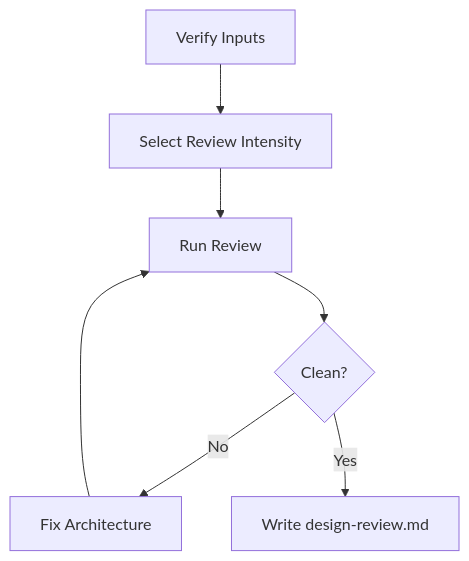
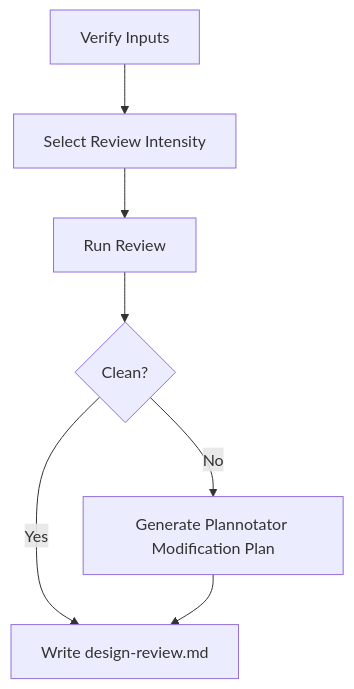
The diagram in idea-to-ship/skills/review-design/SKILL.md (linghaoSu/agent-plugins), drawn with Mermaid before and after one commit. The commit also changed other lines of this file and 4 other files, not shown here.

Commit message:
feat(review): require Plannotator modification plans

````diff
--- a/idea-to-ship/skills/review-design/SKILL.md
+++ b/idea-to-ship/skills/review-design/SKILL.md
@@ -59,9 +90,9 @@
 ```mermaid
 flowchart TD
   A[Verify Inputs] --> B[Select Review Intensity]
   B --> C[Run Review]
   C --> D{Clean?}
-  D -- No --> E[Fix Architecture]
-  E --> C
+  D -- No --> E[Generate Plannotator Modification Plan]
   D -- Yes --> F[Write design-review.md]
+  E --> F
 ```
````
